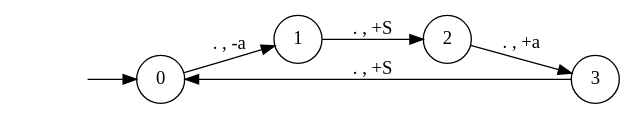
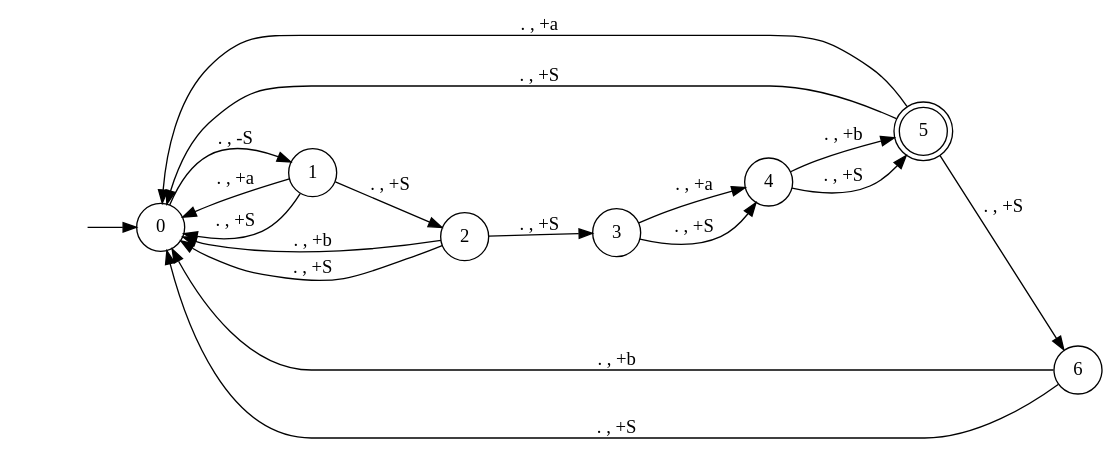
Before and after one commit to tsubaric/ToC: the diagram in test_1.gv, drawn with Graphviz. The commit also changed 2 other files, not shown here.

```diff
--- a/test_1.gv
+++ b/test_1.gv
@@ -1,11 +1,24 @@
 digraph pda {
 rankdir = LR;
 hidden [shape = plaintext, label = ""];
 node [shape = doublecircle];
+5;
 node [shape = circle];
 hidden -> 0;
-0 -> 1 [label = ". , -a"];
+0 -> 1 [label = ". , -S"];
+1 -> 0 [label = ". , +a"];
+1 -> 0 [label = ". , +S"];
 1 -> 2 [label = ". , +S"];
-2 -> 3 [label = ". , +a"];
-3 -> 0 [label = ". , +S"];
+2 -> 0 [label = ". , +b"];
+2 -> 0 [label = ". , +S"];
+2 -> 3 [label = ". , +S"];
+3 -> 4 [label = ". , +a"];
+3 -> 4 [label = ". , +S"];
+4 -> 5 [label = ". , +b"];
+4 -> 5 [label = ". , +S"];
+5 -> 0 [label = ". , +a"];
+5 -> 0 [label = ". , +S"];
+5 -> 6 [label = ". , +S"];
+6 -> 0 [label = ". , +b"];
+6 -> 0 [label = ". , +S"];
 }
```
